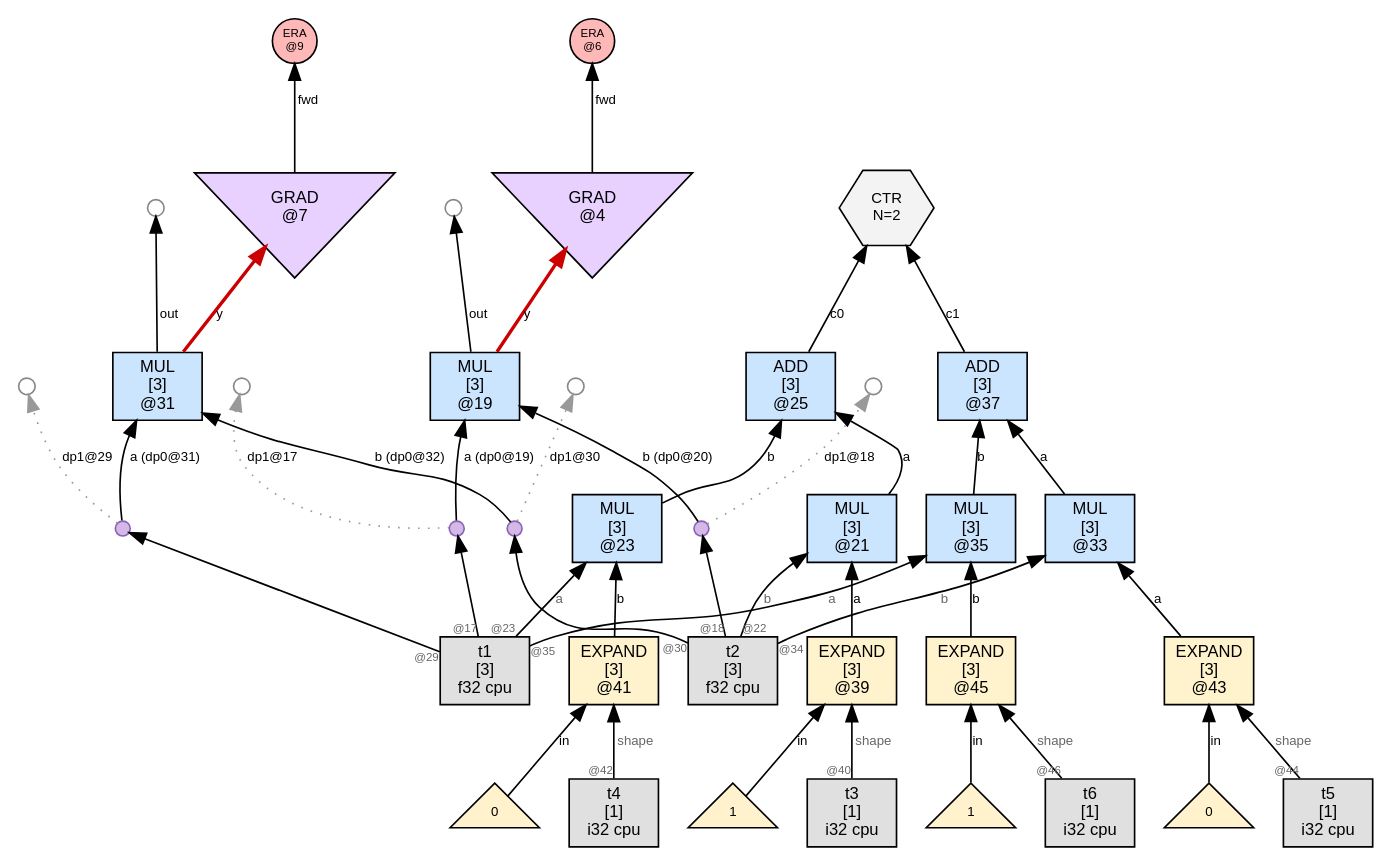
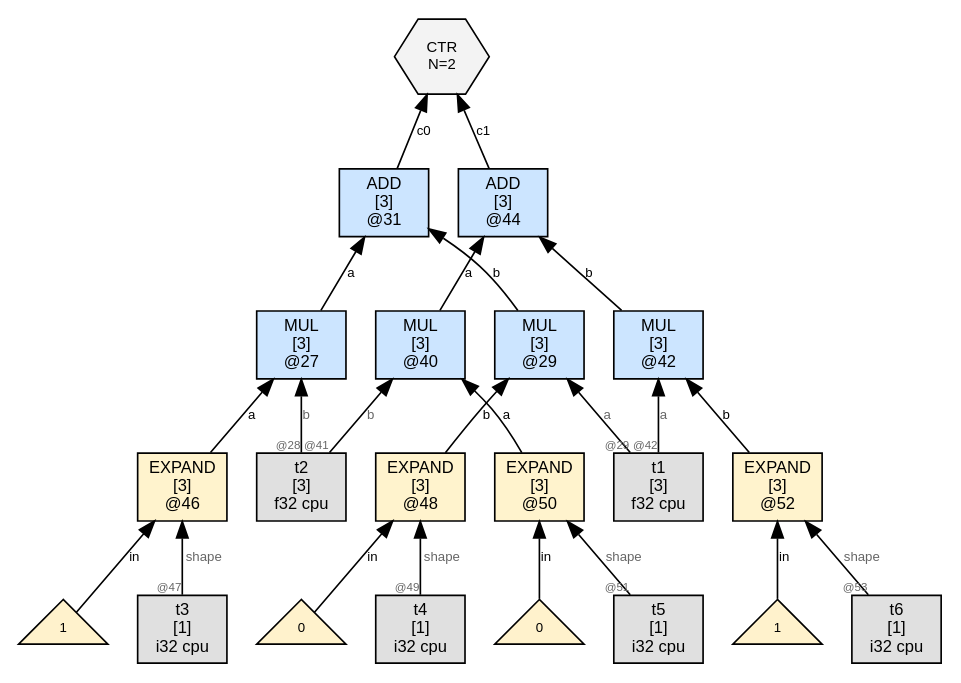
Before and after one commit to sw1sh/TinyHVM: the diagram in wl/examples/thvm_graphs/grad_rules/bundle_multitarget/thvm_1_post_reduce.dot, drawn with Graphviz. The commit also changed 6 other files, not shown here.

```diff
--- a/wl/examples/thvm_graphs/grad_rules/bundle_multitarget/thvm_1_post_reduce.dot
+++ b/wl/examples/thvm_graphs/grad_rules/bundle_multitarget/thvm_1_post_reduce.dot
@@ -1,83 +1,49 @@
 digraph G {
   rankdir=BT;
   node [fontname="Helvetica", fontsize=10, style=filled, shape=box, margin="0.1,0.05"];
   edge [fontsize=8, fontname="Helvetica"];
 
-  n19 [label="MUL\n[3]\n@19", shape=box, fillcolor="#cce5ff"];
-  dup17 [label="", shape=circle, width=0.12, height=0.12, fixedsize=true, fillcolor="#d4b8e8", color="#8a63b7", fontsize=1];
-  freedup17_1 [label="",shape=circle,width=0.14,height=0.14,fixedsize=true,fillcolor="#ffffff",color="#888888",fontsize=1];
-  dup17 -> freedup17_1 [label="dp1@17",style=dotted,color="#999999"];
+  n31 [label="ADD\n[3]\n@31", shape=box, fillcolor="#cce5ff"];
+  n27 -> n31 [label="a"];
+  n29 -> n31 [label="b"];
+  n44 [label="ADD\n[3]\n@44", shape=box, fillcolor="#cce5ff"];
+  n40 -> n44 [label="a"];
+  n42 -> n44 [label="b"];
+  ctr10 [label="CTR\nN=2", shape=hexagon, fillcolor="#f3f3f3", fontsize=9];
+  n31 -> ctr10 [label="c0"];
+  n44 -> ctr10 [label="c1"];
+  n46 [label="EXPAND\n[3]\n@46", shape=box, fillcolor="#fff3cd"];
+  num46_0 [label="1",shape=triangle,fillcolor="#fff2cc",fontsize=8];
+  num46_0 -> n46 [label="in"];
+  t3 [label="t3\n[1]\ni32 cpu",shape=box,fillcolor="#e0e0e0"];
+  t3 -> n46 [label="shape",taillabel="@47",labelfontsize=7,fontcolor="#666666"];
+  n48 [label="EXPAND\n[3]\n@48", shape=box, fillcolor="#fff3cd"];
+  num48_0 [label="0",shape=triangle,fillcolor="#fff2cc",fontsize=8];
+  num48_0 -> n48 [label="in"];
+  t4 [label="t4\n[1]\ni32 cpu",shape=box,fillcolor="#e0e0e0"];
+  t4 -> n48 [label="shape",taillabel="@49",labelfontsize=7,fontcolor="#666666"];
+  n27 [label="MUL\n[3]\n@27", shape=box, fillcolor="#cce5ff"];
+  n46 -> n27 [label="a"];
+  t2 [label="t2\n[3]\nf32 cpu",shape=box,fillcolor="#e0e0e0"];
+  t2 -> n27 [label="b",taillabel="@28",labelfontsize=7,fontcolor="#666666"];
+  n29 [label="MUL\n[3]\n@29", shape=box, fillcolor="#cce5ff"];
   t1 [label="t1\n[3]\nf32 cpu",shape=box,fillcolor="#e0e0e0"];
-  t1 -> dup17[label="",taillabel="@17",labelfontsize=7,fontcolor="#666666"];
-  dup17 -> n19 [label="a (dp0@19)"];
-  dup18 [label="", shape=circle, width=0.12, height=0.12, fixedsize=true, fillcolor="#d4b8e8", color="#8a63b7", fontsize=1];
-  freedup18_1 [label="",shape=circle,width=0.14,height=0.14,fixedsize=true,fillcolor="#ffffff",color="#888888",fontsize=1];
-  dup18 -> freedup18_1 [label="dp1@18",style=dotted,color="#999999"];
-  t2 [label="t2\n[3]\nf32 cpu",shape=box,fillcolor="#e0e0e0"];
-  t2 -> dup18[label="",taillabel="@18",labelfontsize=7,fontcolor="#666666"];
-  dup18 -> n19 [label="b (dp0@20)"];
-  free19_1000 [label="",shape=circle,width=0.14,height=0.14,fixedsize=true,fillcolor="#ffffff",color="#888888",fontsize=1];
-  n19 -> free19_1000 [label="out"];
-  era6 [label="ERA\n@6",shape=circle,width=0.38,height=0.38,fixedsize=true,fillcolor="#ffb8b8",fontsize=7];
-  grad4 [label="GRAD\n@4", shape=invtriangle, fillcolor="#e8d0ff"];
-  n19 -> grad4 [label="y",color="#cc0000",penwidth=2.0];
-  grad4 -> era6 [label="fwd"];
-  n31 [label="MUL\n[3]\n@31", shape=box, fillcolor="#cce5ff"];
-  dup29 [label="", shape=circle, width=0.12, height=0.12, fixedsize=true, fillcolor="#d4b8e8", color="#8a63b7", fontsize=1];
-  freedup29_1 [label="",shape=circle,width=0.14,height=0.14,fixedsize=true,fillcolor="#ffffff",color="#888888",fontsize=1];
-  dup29 -> freedup29_1 [label="dp1@29",style=dotted,color="#999999"];
-  t1 -> dup29[label="",taillabel="@29",labelfontsize=7,fontcolor="#666666"];
-  dup29 -> n31 [label="a (dp0@31)"];
-  dup30 [label="", shape=circle, width=0.12, height=0.12, fixedsize=true, fillcolor="#d4b8e8", color="#8a63b7", fontsize=1];
-  freedup30_1 [label="",shape=circle,width=0.14,height=0.14,fixedsize=true,fillcolor="#ffffff",color="#888888",fontsize=1];
-  dup30 -> freedup30_1 [label="dp1@30",style=dotted,color="#999999"];
-  t2 -> dup30[label="",taillabel="@30",labelfontsize=7,fontcolor="#666666"];
-  dup30 -> n31 [label="b (dp0@32)"];
-  free31_1000 [label="",shape=circle,width=0.14,height=0.14,fixedsize=true,fillcolor="#ffffff",color="#888888",fontsize=1];
-  n31 -> free31_1000 [label="out"];
-  era9 [label="ERA\n@9",shape=circle,width=0.38,height=0.38,fixedsize=true,fillcolor="#ffb8b8",fontsize=7];
-  grad7 [label="GRAD\n@7", shape=invtriangle, fillcolor="#e8d0ff"];
-  n31 -> grad7 [label="y",color="#cc0000",penwidth=2.0];
-  grad7 -> era9 [label="fwd"];
-  n25 [label="ADD\n[3]\n@25", shape=box, fillcolor="#cce5ff"];
-  n21 -> n25 [label="a"];
-  n23 -> n25 [label="b"];
-  n37 [label="ADD\n[3]\n@37", shape=box, fillcolor="#cce5ff"];
-  n33 -> n37 [label="a"];
-  n35 -> n37 [label="b"];
-  ctr12 [label="CTR\nN=2", shape=hexagon, fillcolor="#f3f3f3", fontsize=9];
-  n25 -> ctr12 [label="c0"];
-  n37 -> ctr12 [label="c1"];
-  n39 [label="EXPAND\n[3]\n@39", shape=box, fillcolor="#fff3cd"];
-  num39_0 [label="1",shape=triangle,fillcolor="#fff2cc",fontsize=8];
-  num39_0 -> n39 [label="in"];
-  t3 [label="t3\n[1]\ni32 cpu",shape=box,fillcolor="#e0e0e0"];
-  t3 -> n39 [label="shape",taillabel="@40",labelfontsize=7,fontcolor="#666666"];
-  n41 [label="EXPAND\n[3]\n@41", shape=box, fillcolor="#fff3cd"];
-  num41_0 [label="0",shape=triangle,fillcolor="#fff2cc",fontsize=8];
-  num41_0 -> n41 [label="in"];
-  t4 [label="t4\n[1]\ni32 cpu",shape=box,fillcolor="#e0e0e0"];
-  t4 -> n41 [label="shape",taillabel="@42",labelfontsize=7,fontcolor="#666666"];
-  n21 [label="MUL\n[3]\n@21", shape=box, fillcolor="#cce5ff"];
-  n39 -> n21 [label="a"];
-  t2 -> n21 [label="b",taillabel="@22",labelfontsize=7,fontcolor="#666666"];
-  n23 [label="MUL\n[3]\n@23", shape=box, fillcolor="#cce5ff"];
-  t1 -> n23 [label="a",taillabel="@23",labelfontsize=7,fontcolor="#666666"];
-  n41 -> n23 [label="b"];
-  n43 [label="EXPAND\n[3]\n@43", shape=box, fillcolor="#fff3cd"];
-  num43_0 [label="0",shape=triangle,fillcolor="#fff2cc",fontsize=8];
-  num43_0 -> n43 [label="in"];
+  t1 -> n29 [label="a",taillabel="@29",labelfontsize=7,fontcolor="#666666"];
+  n48 -> n29 [label="b"];
+  n50 [label="EXPAND\n[3]\n@50", shape=box, fillcolor="#fff3cd"];
+  num50_0 [label="0",shape=triangle,fillcolor="#fff2cc",fontsize=8];
+  num50_0 -> n50 [label="in"];
   t5 [label="t5\n[1]\ni32 cpu",shape=box,fillcolor="#e0e0e0"];
-  t5 -> n43 [label="shape",taillabel="@44",labelfontsize=7,fontcolor="#666666"];
-  n45 [label="EXPAND\n[3]\n@45", shape=box, fillcolor="#fff3cd"];
-  num45_0 [label="1",shape=triangle,fillcolor="#fff2cc",fontsize=8];
-  num45_0 -> n45 [label="in"];
+  t5 -> n50 [label="shape",taillabel="@51",labelfontsize=7,fontcolor="#666666"];
+  n52 [label="EXPAND\n[3]\n@52", shape=box, fillcolor="#fff3cd"];
+  num52_0 [label="1",shape=triangle,fillcolor="#fff2cc",fontsize=8];
+  num52_0 -> n52 [label="in"];
   t6 [label="t6\n[1]\ni32 cpu",shape=box,fillcolor="#e0e0e0"];
-  t6 -> n45 [label="shape",taillabel="@46",labelfontsize=7,fontcolor="#666666"];
-  n33 [label="MUL\n[3]\n@33", shape=box, fillcolor="#cce5ff"];
-  n43 -> n33 [label="a"];
-  t2 -> n33 [label="b",taillabel="@34",labelfontsize=7,fontcolor="#666666"];
-  n35 [label="MUL\n[3]\n@35", shape=box, fillcolor="#cce5ff"];
-  t1 -> n35 [label="a",taillabel="@35",labelfontsize=7,fontcolor="#666666"];
-  n45 -> n35 [label="b"];
+  t6 -> n52 [label="shape",taillabel="@53",labelfontsize=7,fontcolor="#666666"];
+  n40 [label="MUL\n[3]\n@40", shape=box, fillcolor="#cce5ff"];
+  n50 -> n40 [label="a"];
+  t2 -> n40 [label="b",taillabel="@41",labelfontsize=7,fontcolor="#666666"];
+  n42 [label="MUL\n[3]\n@42", shape=box, fillcolor="#cce5ff"];
+  t1 -> n42 [label="a",taillabel="@42",labelfontsize=7,fontcolor="#666666"];
+  n52 -> n42 [label="b"];
 }
```
